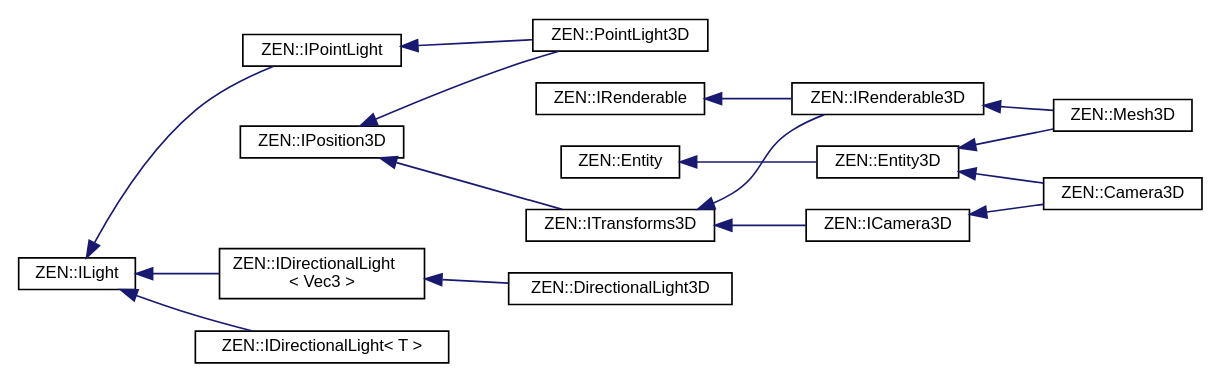
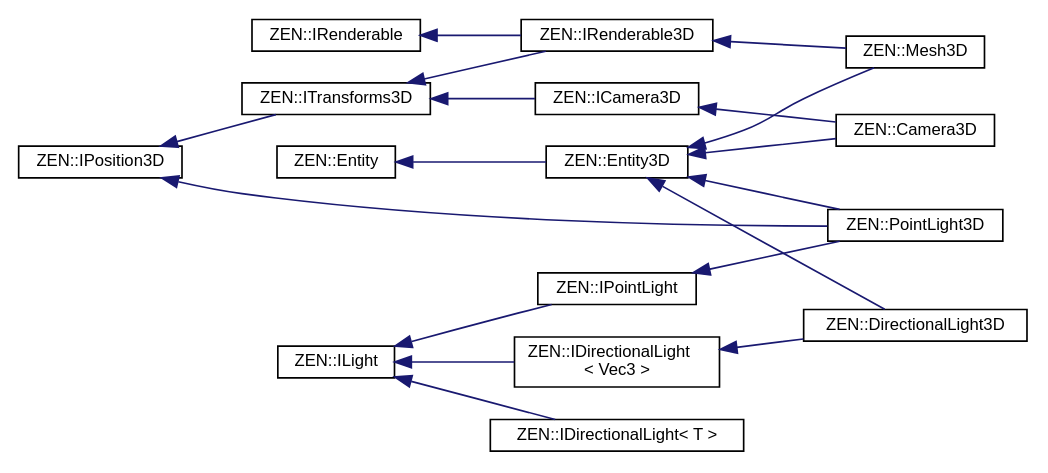
The diagram in inherit_graph_9.dot (markhj/zeronetics), drawn with Graphviz before and after one commit. The commit also changed 163 other files, not shown here.

```diff
--- a/inherit_graph_9.dot
+++ b/inherit_graph_9.dot
@@ -1,37 +1,39 @@
 digraph "Graphical Class Hierarchy"
 {
  // LATEX_PDF_SIZE
   edge [fontname="Helvetica",fontsize="10",labelfontname="Helvetica",labelfontsize="10"];
   node [fontname="Helvetica",fontsize="10",shape=record];
   rankdir="LR";
   Node0 [label="ZEN::Entity",height=0.2,width=0.4,color="black", fillcolor="white", style="filled",URL="$classZEN_1_1Entity.html",tooltip=" "];
   Node0 -> Node1 [dir="back",color="midnightblue",fontsize="10",style="solid",fontname="Helvetica"];
   Node1 [label="ZEN::Entity3D",height=0.2,width=0.4,color="black", fillcolor="white", style="filled",URL="$classZEN_1_1Entity3D.html",tooltip=" "];
   Node1 -> Node2 [dir="back",color="midnightblue",fontsize="10",style="solid",fontname="Helvetica"];
   Node2 [label="ZEN::Camera3D",height=0.2,width=0.4,color="black", fillcolor="white", style="filled",URL="$classZEN_1_1Camera3D.html",tooltip=" "];
   Node1 -> Node3 [dir="back",color="midnightblue",fontsize="10",style="solid",fontname="Helvetica"];
-  Node3 [label="ZEN::Mesh3D",height=0.2,width=0.4,color="black", fillcolor="white", style="filled",URL="$classZEN_1_1Mesh3D.html",tooltip=" "];
-  Node41 [label="ZEN::ILight",height=0.2,width=0.4,color="black", fillcolor="white", style="filled",URL="$classZEN_1_1ILight.html",tooltip=" "];
-  Node41 -> Node42 [dir="back",color="midnightblue",fontsize="10",style="solid",fontname="Helvetica"];
-  Node42 [label="ZEN::IDirectionalLight\l\< Vec3 \>",height=0.2,width=0.4,color="black", fillcolor="white", style="filled",URL="$classZEN_1_1IDirectionalLight.html",tooltip=" "];
-  Node42 -> Node43 [dir="back",color="midnightblue",fontsize="10",style="solid",fontname="Helvetica"];
-  Node43 [label="ZEN::DirectionalLight3D",height=0.2,width=0.4,color="black", fillcolor="white", style="filled",URL="$classZEN_1_1DirectionalLight3D.html",tooltip=" "];
-  Node41 -> Node44 [dir="back",color="midnightblue",fontsize="10",style="solid",fontname="Helvetica"];
-  Node44 [label="ZEN::IDirectionalLight\< T \>",height=0.2,width=0.4,color="black", fillcolor="white", style="filled",URL="$classZEN_1_1IDirectionalLight.html",tooltip=" "];
-  Node41 -> Node45 [dir="back",color="midnightblue",fontsize="10",style="solid",fontname="Helvetica"];
-  Node45 [label="ZEN::IPointLight",height=0.2,width=0.4,color="black", fillcolor="white", style="filled",URL="$classZEN_1_1IPointLight.html",tooltip=" "];
-  Node45 -> Node46 [dir="back",color="midnightblue",fontsize="10",style="solid",fontname="Helvetica"];
-  Node46 [label="ZEN::PointLight3D",height=0.2,width=0.4,color="black", fillcolor="white", style="filled",URL="$classZEN_1_1PointLight3D.html",tooltip=" "];
+  Node3 [label="ZEN::DirectionalLight3D",height=0.2,width=0.4,color="black", fillcolor="white", style="filled",URL="$classZEN_1_1DirectionalLight3D.html",tooltip=" "];
+  Node1 -> Node4 [dir="back",color="midnightblue",fontsize="10",style="solid",fontname="Helvetica"];
+  Node4 [label="ZEN::Mesh3D",height=0.2,width=0.4,color="black", fillcolor="white", style="filled",URL="$classZEN_1_1Mesh3D.html",tooltip=" "];
+  Node1 -> Node5 [dir="back",color="midnightblue",fontsize="10",style="solid",fontname="Helvetica"];
+  Node5 [label="ZEN::PointLight3D",height=0.2,width=0.4,color="black", fillcolor="white", style="filled",URL="$classZEN_1_1PointLight3D.html",tooltip=" "];
+  Node43 [label="ZEN::ILight",height=0.2,width=0.4,color="black", fillcolor="white", style="filled",URL="$classZEN_1_1ILight.html",tooltip=" "];
+  Node43 -> Node44 [dir="back",color="midnightblue",fontsize="10",style="solid",fontname="Helvetica"];
+  Node44 [label="ZEN::IDirectionalLight\l\< Vec3 \>",height=0.2,width=0.4,color="black", fillcolor="white", style="filled",URL="$classZEN_1_1IDirectionalLight.html",tooltip=" "];
+  Node44 -> Node3 [dir="back",color="midnightblue",fontsize="10",style="solid",fontname="Helvetica"];
+  Node43 -> Node45 [dir="back",color="midnightblue",fontsize="10",style="solid",fontname="Helvetica"];
+  Node45 [label="ZEN::IDirectionalLight\< T \>",height=0.2,width=0.4,color="black", fillcolor="white", style="filled",URL="$classZEN_1_1IDirectionalLight.html",tooltip=" "];
+  Node43 -> Node46 [dir="back",color="midnightblue",fontsize="10",style="solid",fontname="Helvetica"];
+  Node46 [label="ZEN::IPointLight",height=0.2,width=0.4,color="black", fillcolor="white", style="filled",URL="$classZEN_1_1IPointLight.html",tooltip=" "];
+  Node46 -> Node5 [dir="back",color="midnightblue",fontsize="10",style="solid",fontname="Helvetica"];
   Node49 [label="ZEN::IPosition3D",height=0.2,width=0.4,color="black", fillcolor="white", style="filled",URL="$classZEN_1_1IPosition3D.html",tooltip=" "];
   Node49 -> Node50 [dir="back",color="midnightblue",fontsize="10",style="solid",fontname="Helvetica"];
   Node50 [label="ZEN::ITransforms3D",height=0.2,width=0.4,color="black", fillcolor="white", style="filled",URL="$classZEN_1_1ITransforms3D.html",tooltip=" "];
   Node50 -> Node51 [dir="back",color="midnightblue",fontsize="10",style="solid",fontname="Helvetica"];
   Node51 [label="ZEN::ICamera3D",height=0.2,width=0.4,color="black", fillcolor="white", style="filled",URL="$classZEN_1_1ICamera3D.html",tooltip=" "];
   Node51 -> Node2 [dir="back",color="midnightblue",fontsize="10",style="solid",fontname="Helvetica"];
   Node50 -> Node52 [dir="back",color="midnightblue",fontsize="10",style="solid",fontname="Helvetica"];
   Node52 [label="ZEN::IRenderable3D",height=0.2,width=0.4,color="black", fillcolor="white", style="filled",URL="$classZEN_1_1IRenderable3D.html",tooltip=" "];
-  Node52 -> Node3 [dir="back",color="midnightblue",fontsize="10",style="solid",fontname="Helvetica"];
-  Node49 -> Node46 [dir="back",color="midnightblue",fontsize="10",style="solid",fontname="Helvetica"];
+  Node52 -> Node4 [dir="back",color="midnightblue",fontsize="10",style="solid",fontname="Helvetica"];
+  Node49 -> Node5 [dir="back",color="midnightblue",fontsize="10",style="solid",fontname="Helvetica"];
   Node54 [label="ZEN::IRenderable",height=0.2,width=0.4,color="black", fillcolor="white", style="filled",URL="$classZEN_1_1IRenderable.html",tooltip=" "];
   Node54 -> Node52 [dir="back",color="midnightblue",fontsize="10",style="solid",fontname="Helvetica"];
 }
```
